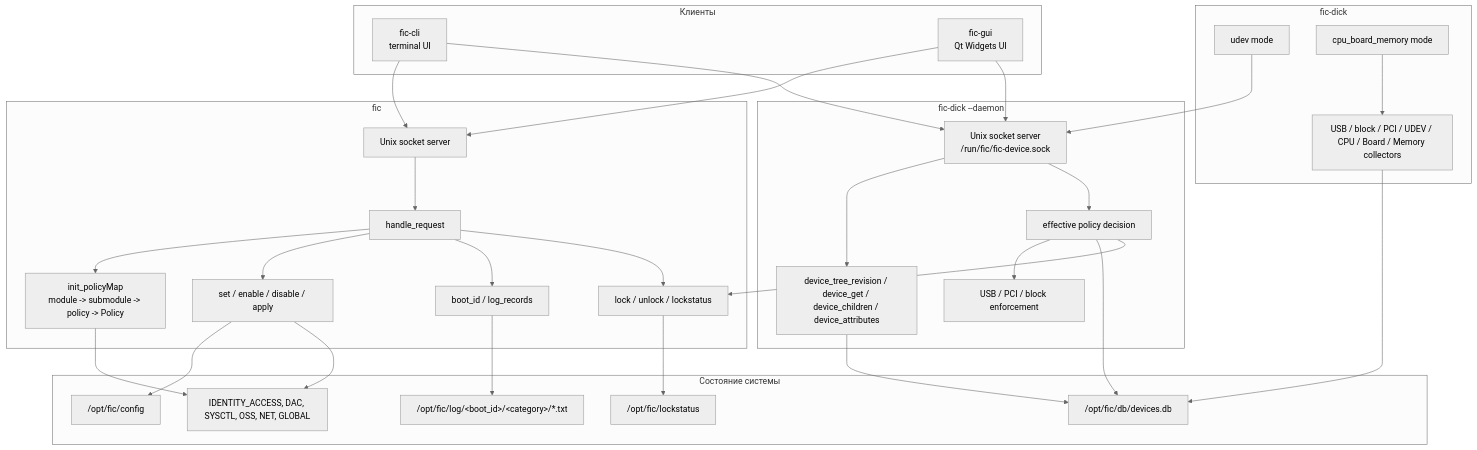
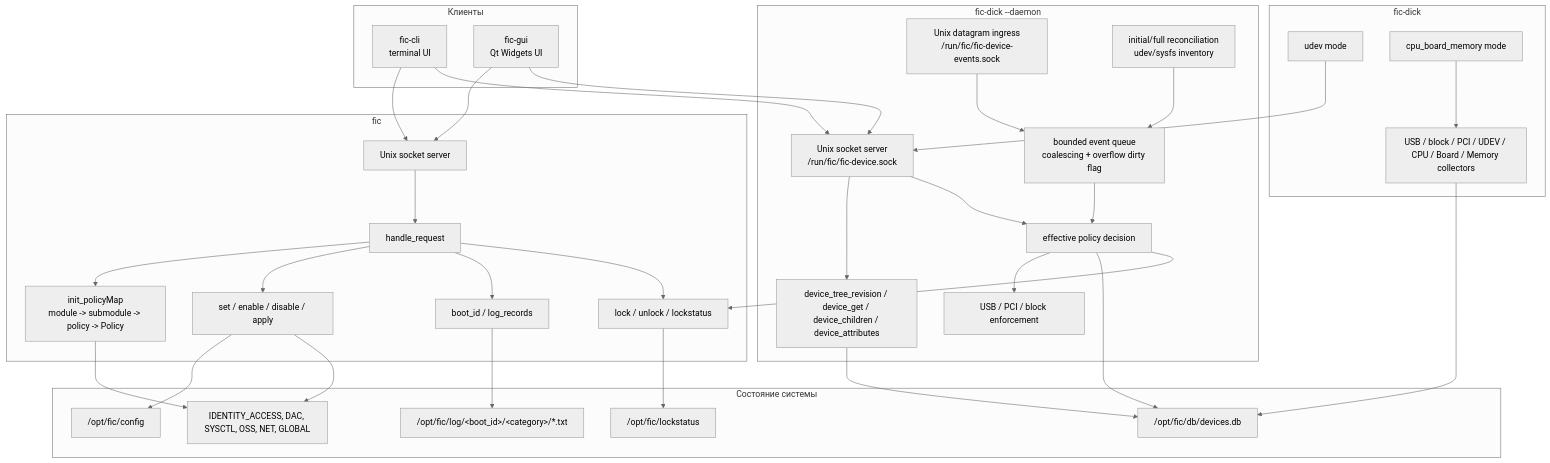
One commit to RevoltStar/FIC changed the second of 19 diagrams in docs/architecture-diagrams.md. Above: the diagram before and after it, drawn with Mermaid (neutral theme). The commit also changed other lines of this file and 9 other files, not shown here.

````diff
--- a/docs/architecture-diagrams.md
+++ b/docs/architecture-diagrams.md
@@ -74,63 +74,69 @@
 ```mermaid
 flowchart TB
     subgraph Clients[Клиенты]
         cli["fic-cli<br/>terminal UI"]
         gui["fic-gui<br/>Qt Widgets UI"]
     end
 
     subgraph Daemon[fic]
         ipcServer[Unix socket server]
         requestRouter[handle_request]
         policyMap["init_policyMap<br/>module -> submodule -> policy -> Policy"]
         policyOps[set / enable / disable / apply]
         logApi[boot_id / log_records]
         lockApi[lock / unlock / lockstatus]
     end
 
     subgraph DeviceDaemon["fic-dick --daemon"]
         deviceIpc[Unix socket server<br/>/run/fic/fic-device.sock]
+        eventIpc[Unix datagram ingress<br/>/run/fic/fic-device-events.sock]
+        reconcile[initial/full reconciliation<br/>udev/sysfs inventory]
+        eventQueue[bounded event queue<br/>coalescing + overflow dirty flag]
         deviceApi[device_tree_revision / device_get / device_children / device_attributes]
         devicePolicy[effective policy decision]
         deviceApply[USB / PCI / block enforcement]
     end
 
     subgraph CoreStorage[Состояние системы]
         config["/opt/fic/config"]
         modules[IDENTITY_ACCESS, DAC, SYSCTL, OSS, NET, GLOBAL]
         logs["/opt/fic/log/&lt;boot_id&gt;/&lt;category&gt;/*.txt"]
         db["/opt/fic/db/devices.db"]
         lockstatus["/opt/fic/lockstatus"]
     end
 
     subgraph Collectors[fic-dick]
         udevMode[udev mode]
         staticMode[cpu_board_memory mode]
         collectors[USB / block / PCI / UDEV / CPU / Board / Memory collectors]
     end
 
     cli --> ipcServer
     gui --> ipcServer
     cli --> deviceIpc
     gui --> deviceIpc
     ipcServer --> requestRouter
     requestRouter --> policyMap
     requestRouter --> policyOps
     requestRouter --> logApi
     requestRouter --> lockApi
     deviceIpc --> deviceApi
+    eventIpc --> eventQueue
+    reconcile --> eventQueue
+    eventQueue --> devicePolicy
     deviceIpc --> devicePolicy
     devicePolicy --> deviceApply
 
     policyMap --> modules
     policyOps --> config
     policyOps --> modules
     logApi --> logs
     deviceApi --> db
     devicePolicy --> db
     lockApi --> lockstatus
     devicePolicy --> lockApi
 
     udevMode --> deviceIpc
     staticMode --> collectors
     collectors --> db
 ```
````
